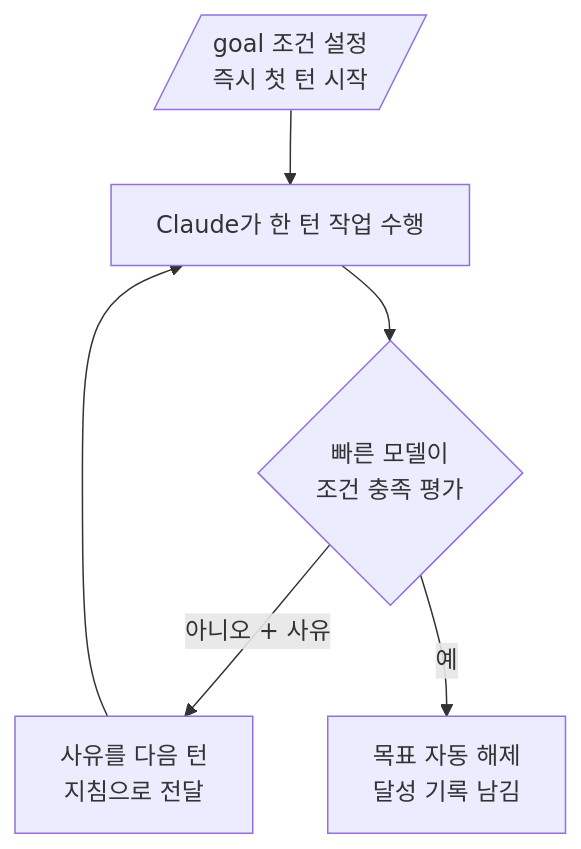
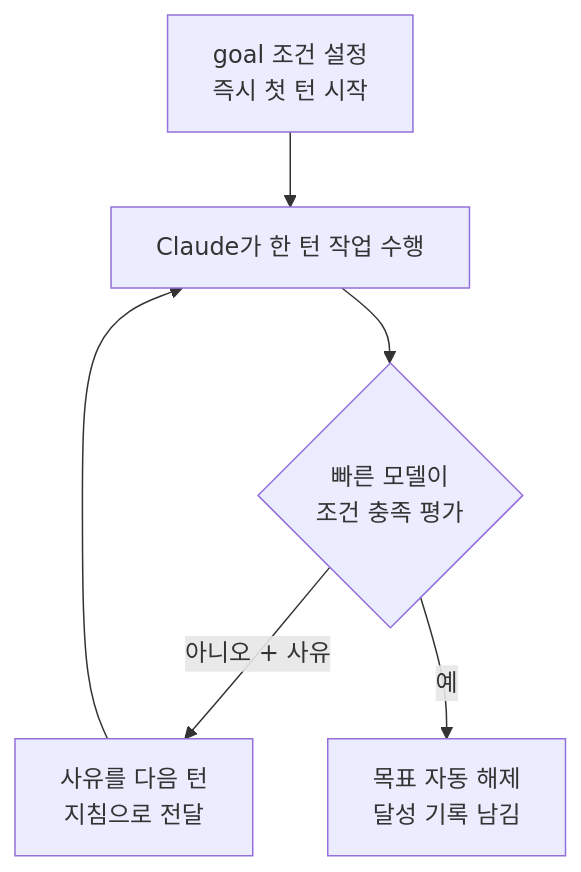
Before and after one commit to modu-ai/moai-adk: the diagram in docs-site/content/ko/claude-code/agentic/goal.md, drawn with Mermaid. The commit also changed 86 other files, not shown here.

First line of the commit message:
docs(ossdocs): v3.1.1 doc-gap landing — 13-page x4-locale + mermaid fixes + version sync + backend-mix

````diff
--- a/docs-site/content/ko/claude-code/agentic/goal.md
+++ b/docs-site/content/ko/claude-code/agentic/goal.md
@@ -38,8 +38,8 @@
 ```mermaid
 flowchart TD
-    A[/goal 조건 설정<br>즉시 첫 턴 시작/] --> B[Claude가 한 턴 작업 수행]
+    A["goal 조건 설정<br>즉시 첫 턴 시작"] --> B[Claude가 한 턴 작업 수행]
     B --> C{빠른 모델이<br>조건 충족 평가}
     C -->|아니오 + 사유| D[사유를 다음 턴<br>지침으로 전달]
     D --> B
     C -->|예| E[목표 자동 해제<br>달성 기록 남김]
 ```
````
